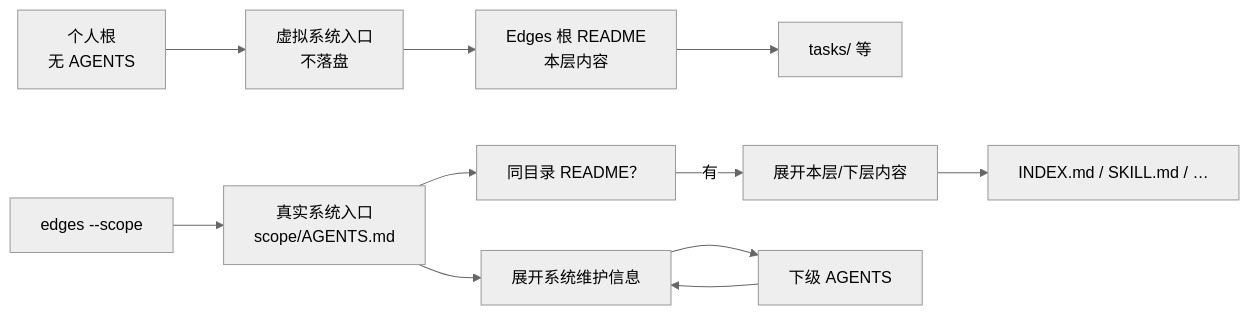
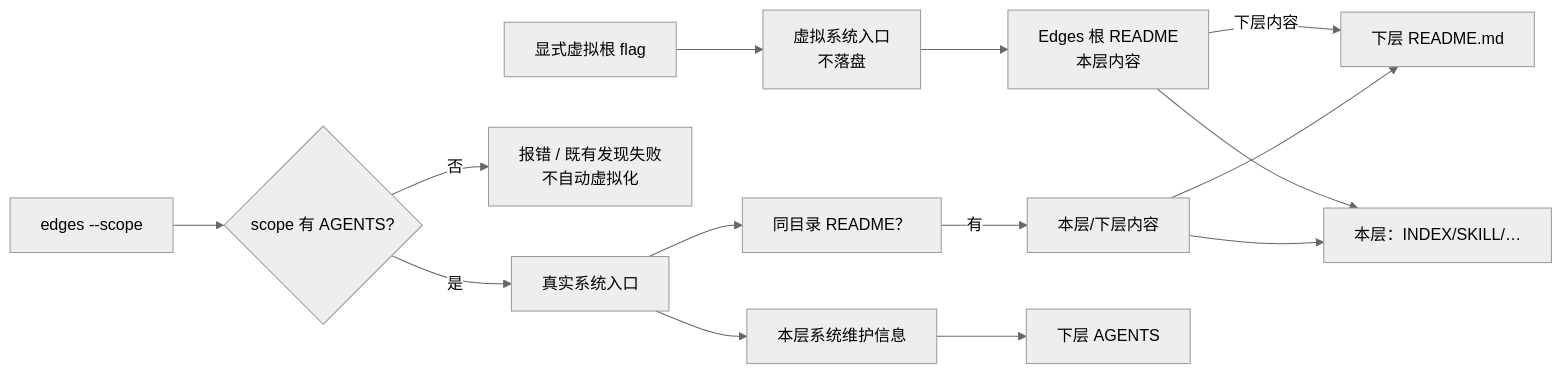
One commit to VirusPC/edges changed the fourth of 5 diagrams in docs/superpowers/specs/2026-10-06-recursive-system-two-entries-design.md. Above: the diagram before and after it, drawn with Mermaid (neutral theme). The commit also changed other lines of this file and 4 other files, not shown here.

````diff
--- a/docs/superpowers/specs/2026-10-06-recursive-system-two-entries-design.md
+++ b/docs/superpowers/specs/2026-10-06-recursive-system-two-entries-design.md
@@ -110,13 +133,18 @@
 ```mermaid
 flowchart LR
-  CLI["edges --scope"] --> Real["真实系统入口<br/>scope/AGENTS.md"]
-  Person["个人根<br/>无 AGENTS"] --> Virtual["虚拟系统入口<br/>不落盘"]
+  CLI["edges --scope"] --> HasAgents{scope 有 AGENTS?}
+  HasAgents -->|是| Real["真实系统入口"]
+  HasAgents -->|否| Err["报错 / 既有发现失败<br/>不自动虚拟化"]
+
+  Flag["显式虚拟根 flag"] --> Virtual["虚拟系统入口<br/>不落盘"]
   Virtual --> RootReadme["Edges 根 README<br/>本层内容"]
-  RootReadme --> Tasks["tasks/ 等"]
-  Real --> Maint["展开系统维护信息"]
+  RootReadme --> Local["本层：INDEX/SKILL/…"]
+  RootReadme -->|下层内容| NestedReadme["下层 README.md"]
+
+  Real --> Maint["本层系统维护信息"]
   Real --> MaybeReadme["同目录 README？"]
-  MaybeReadme -->|有| Content["展开本层/下层内容"]
-  Maint --> NextSys["下级 AGENTS"]
-  Content --> Leaves["INDEX.md / SKILL.md / …"]
-  NextSys --> Maint
+  MaybeReadme -->|有| Content["本层/下层内容"]
+  Maint --> NextSys["下层 AGENTS"]
+  Content --> NestedReadme
+  Content --> Local
 ```
````
